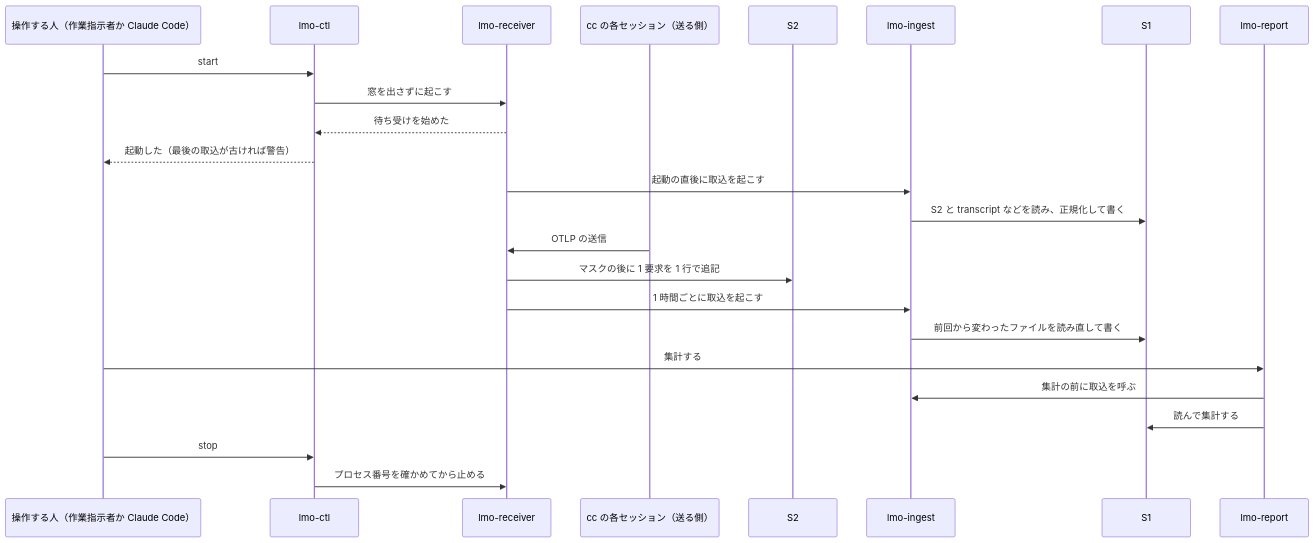
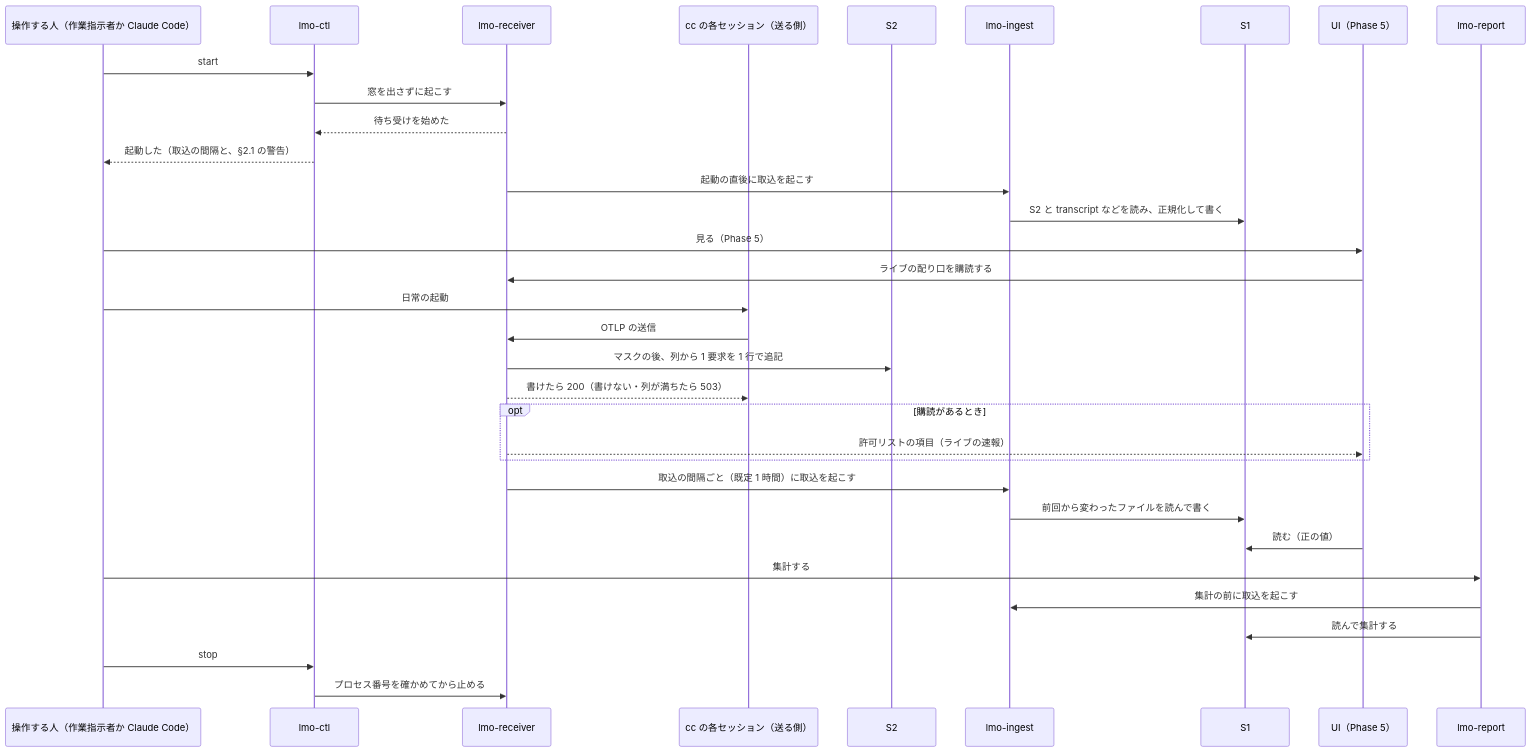
Before and after one commit to empty-can/research-by-cc: the third of 3 diagrams in research-for-local-mini-otel-infra/reports/02.設計/99.設計まとめ/設計書.md, drawn with Mermaid. The commit also changed other lines of this file and 17 other files, not shown here.

````diff
--- a/research-for-local-mini-otel-infra/reports/02.設計/99.設計まとめ/設計書.md
+++ b/research-for-local-mini-otel-infra/reports/02.設計/99.設計まとめ/設計書.md
@@ -189,26 +201,35 @@
 ```mermaid
 sequenceDiagram
   participant OP as 操作する人（作業指示者か Claude Code）
   participant CTL as lmo-ctl
   participant RCV as lmo-receiver
   participant CC as cc の各セッション（送る側）
   participant S2 as S2
   participant ING as lmo-ingest
   participant S1 as S1
+  participant UI as UI（Phase 5）
   participant REP as lmo-report
   OP->>CTL: start
   CTL->>RCV: 窓を出さずに起こす
   RCV-->>CTL: 待ち受けを始めた
-  CTL-->>OP: 起動した（最後の取込が古ければ警告）
+  CTL-->>OP: 起動した（取込の間隔と、§2.1 の警告）
   RCV->>ING: 起動の直後に取込を起こす
   ING->>S1: S2 と transcript などを読み、正規化して書く
+  OP->>UI: 見る（Phase 5）
+  UI->>RCV: ライブの配り口を購読する
+  OP->>CC: 日常の起動
   CC->>RCV: OTLP の送信
-  RCV->>S2: マスクの後に 1 要求を 1 行で追記
-  RCV->>ING: 1 時間ごとに取込を起こす
-  ING->>S1: 前回から変わったファイルを読み直して書く
+  RCV->>S2: マスクの後、列から 1 要求を 1 行で追記
+  RCV-->>CC: 書けたら 200（書けない・列が満ちたら 503）
+  opt 購読があるとき
+    RCV-->>UI: 許可リストの項目（ライブの速報）
+  end
+  RCV->>ING: 取込の間隔ごと（既定 1 時間）に取込を起こす
+  ING->>S1: 前回から変わったファイルを読んで書く
+  UI->>S1: 読む（正の値）
   OP->>REP: 集計する
-  REP->>ING: 集計の前に取込を呼ぶ
+  REP->>ING: 集計の前に取込を起こす
   REP->>S1: 読んで集計する
   OP->>CTL: stop
   CTL->>RCV: プロセス番号を確かめてから止める
 ```
````
